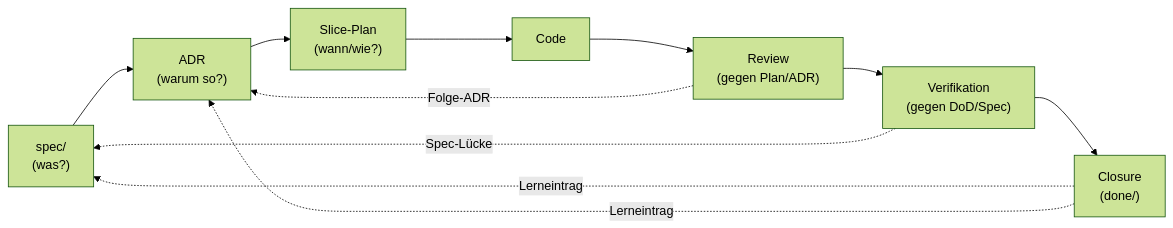
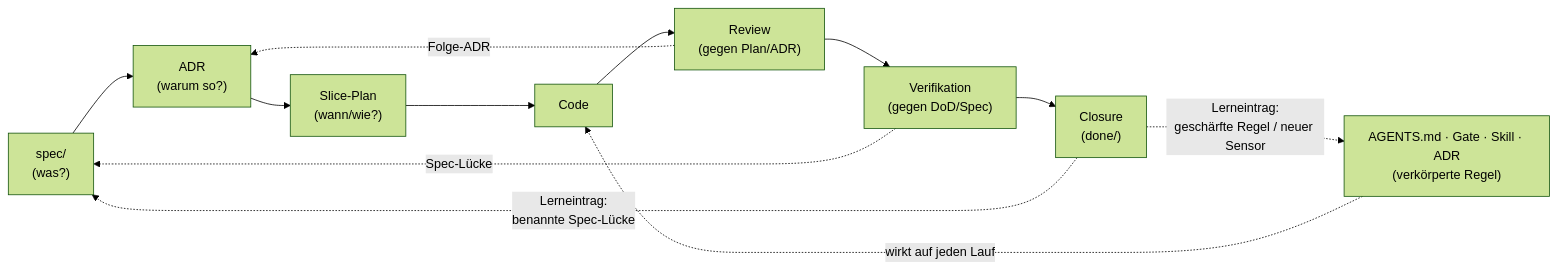
The diagram in kurs/de/01-spec-und-architektur/modul-01-entwicklungszyklus.md (pt9912/ai-harness-course), drawn with Mermaid (forest theme) before and after one commit. The commit also changed other lines of this file and 2 other files, not shown here.

First line of the commit message:
fix(modul-01): Lerneintrag im Lebenszyklus-Diagramm zeigte an den falschen Zielen

````diff
--- a/kurs/de/01-spec-und-architektur/modul-01-entwicklungszyklus.md
+++ b/kurs/de/01-spec-und-architektur/modul-01-entwicklungszyklus.md
@@ -71,13 +71,15 @@
 ```mermaid
 flowchart LR
     Spec["spec/<br/>(was?)"] --> ADR["ADR<br/>(warum so?)"]
     ADR --> Plan["Slice-Plan<br/>(wann/wie?)"]
     Plan --> Code["Code"]
     Code --> Review["Review<br/>(gegen Plan/ADR)"]
     Review --> Verify["Verifikation<br/>(gegen DoD/Spec)"]
     Verify --> Closure["Closure<br/>(done/)"]
-    Closure -. Lerneintrag .-> Spec
-    Closure -. Lerneintrag .-> ADR
+    Harness["AGENTS.md · Gate · Skill · ADR<br/>(verkörperte Regel)"]
+    Closure -. "Lerneintrag:<br/>geschärfte Regel / neuer Sensor" .-> Harness
+    Closure -. "Lerneintrag:<br/>benannte Spec-Lücke" .-> Spec
+    Harness -. "wirkt auf jeden Lauf" .-> Code
     Review -. Folge-ADR .-> ADR
     Verify -. Spec-Lücke .-> Spec
 ```
````
